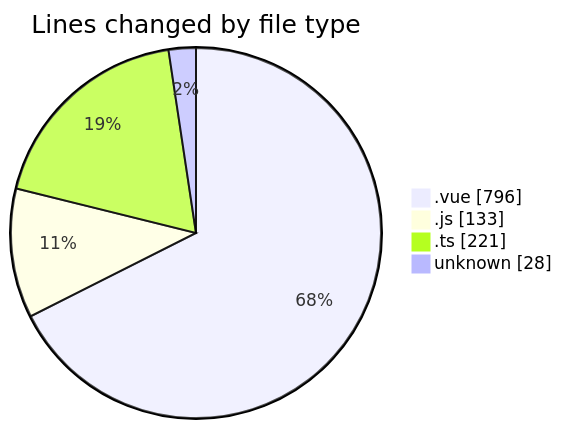
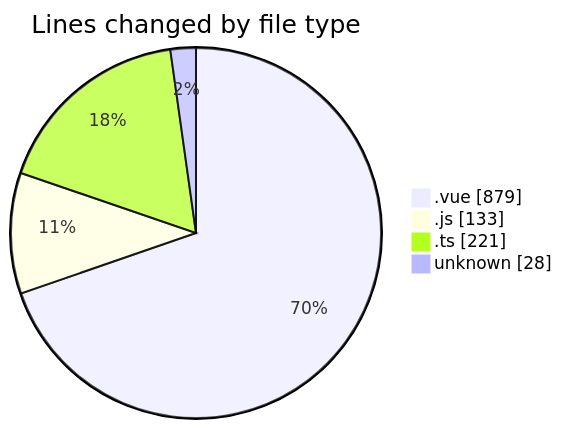
One commit to lephambinh05/code-tracking changed the first of 2 diagrams in 2025-08-11/rentotp/README.md. Above: the diagram before and after it, drawn with Mermaid. The commit also changed other lines of this file and 1 other file, not shown here.

````diff
--- a/2025-08-11/rentotp/README.md
+++ b/2025-08-11/rentotp/README.md
@@ -28,8 +28,8 @@
 ```mermaid
 pie showData
 title Lines changed by file type
-".vue" : 796
+".vue" : 879
 ".js" : 133
 ".ts" : 221
 "unknown" : 28
 ```
````
